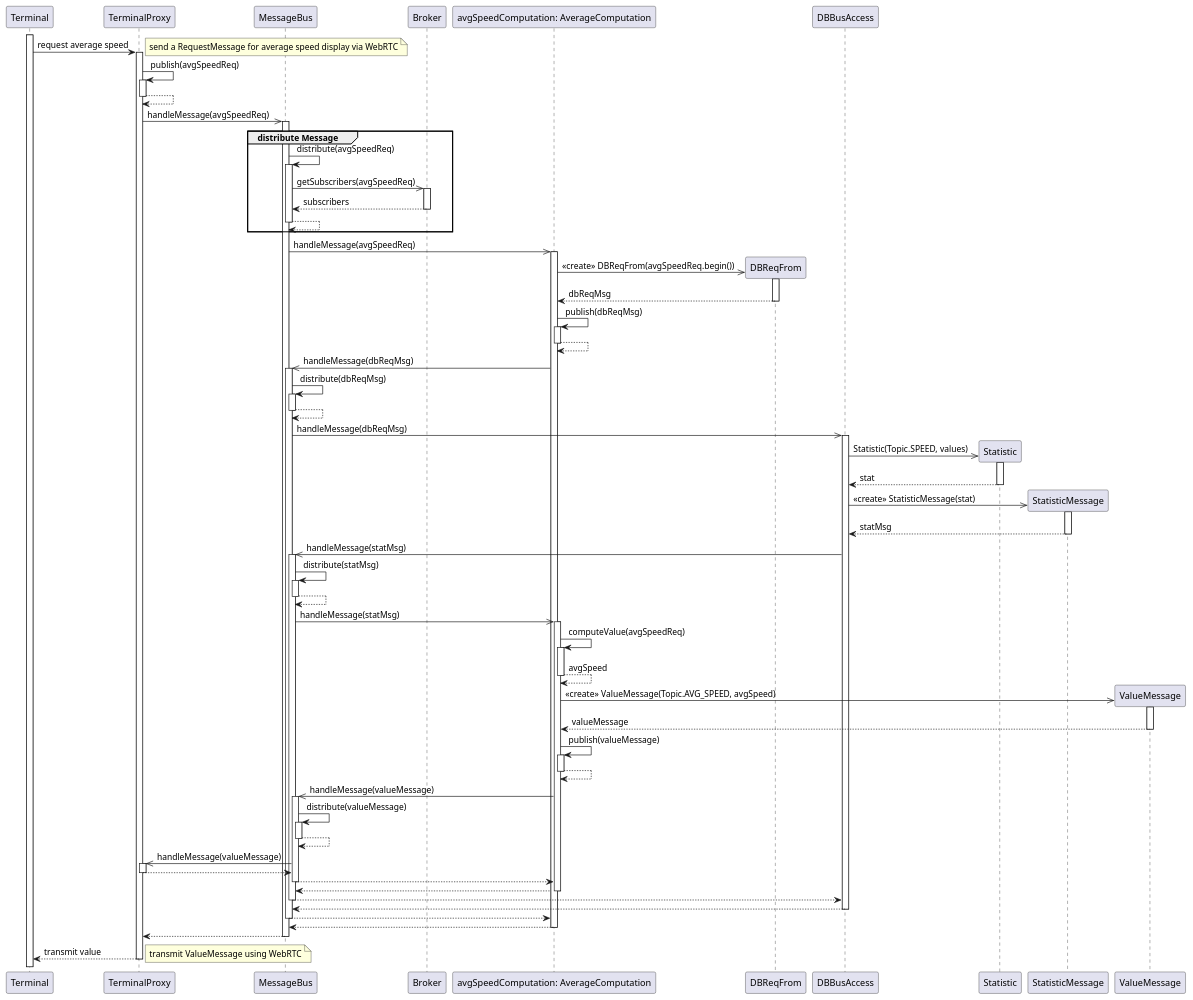
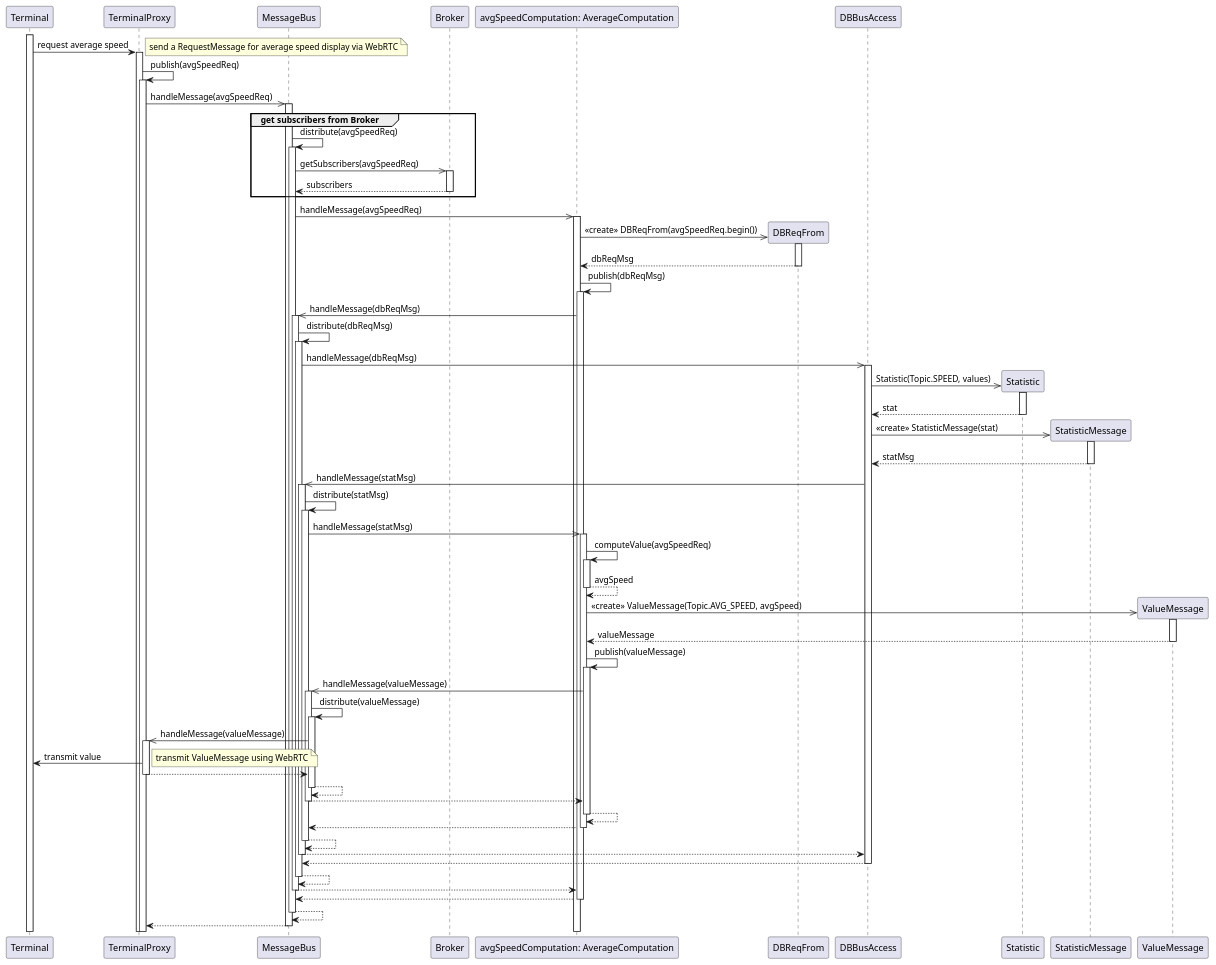
One commit to uzdry/PSE changed the diagram in Entwurf/diagrams/StatsDBSeq.wsd. Above: the diagram before and after it, drawn with PlantUML.

Commit message:
call hirarchie

```diff
--- a/Entwurf/diagrams/StatsDBSeq.wsd
+++ b/Entwurf/diagrams/StatsDBSeq.wsd
@@ -1,155 +1,151 @@
 @startuml
 
 participant Terminal
 
 participant TerminalProxy
 
 participant MessageBus
 
 participant Broker
 
 participant "avgSpeedComputation: AverageComputation" as AVGSCALC
 
 participant DBReqFrom
 
 participant DBBusAccess
 
 activate Terminal 
 Terminal -> TerminalProxy: request average speed
 note right: send a RequestMessage for average speed display via WebRTC
 
 activate TerminalProxy
 TerminalProxy -> TerminalProxy: publish(avgSpeedReq)
 activate TerminalProxy
 
-TerminalProxy --> TerminalProxy:
-deactivate TerminalProxy
-
 TerminalProxy ->> MessageBus: handleMessage(avgSpeedReq)
 activate MessageBus
 
-group distribute Message
+group get subscribers from Broker
 
 	MessageBus -> MessageBus: distribute(avgSpeedReq)
 	activate MessageBus
 
 	MessageBus ->> Broker: getSubscribers(avgSpeedReq)
 	activate Broker
 
 	Broker --> MessageBus: subscribers
 	deactivate Broker
-
-	MessageBus --> MessageBus:
-	deactivate MessageBus
-
 end
 
 MessageBus ->> AVGSCALC: handleMessage(avgSpeedReq)
 activate AVGSCALC
 
 create DBReqFrom
 
 AVGSCALC ->> DBReqFrom: <<create>> DBReqFrom(avgSpeedReq.begin())
 activate DBReqFrom
 DBReqFrom --> AVGSCALC: dbReqMsg
 deactivate DBReqFrom
 
 AVGSCALC -> AVGSCALC: publish(dbReqMsg)
 activate AVGSCALC
-AVGSCALC --> AVGSCALC:
-deactivate AVGSCALC
 
 AVGSCALC ->> MessageBus: handleMessage(dbReqMsg)
 activate MessageBus
 MessageBus -> MessageBus: distribute(dbReqMsg)
 activate MessageBus
-MessageBus --> MessageBus:
-deactivate MessageBus
 MessageBus ->> DBBusAccess: handleMessage(dbReqMsg)
 activate DBBusAccess
 
 create Statistic
 
 DBBusAccess ->> Statistic: Statistic(Topic.SPEED, values)
 activate Statistic
 Statistic --> DBBusAccess: stat
 deactivate Statistic
 
 create StatisticMessage
 DBBusAccess ->> StatisticMessage: <<create>> StatisticMessage(stat)
 activate StatisticMessage
 
 StatisticMessage --> DBBusAccess: statMsg
 deactivate StatisticMessage
 
 DBBusAccess ->> MessageBus: handleMessage(statMsg)
 activate MessageBus
 
 MessageBus -> MessageBus: distribute(statMsg)
 activate MessageBus
 
-MessageBus --> MessageBus:
-deactivate MessageBus
-
 MessageBus ->> AVGSCALC: handleMessage(statMsg)
 activate AVGSCALC
 
 
 AVGSCALC -> AVGSCALC: computeValue(avgSpeedReq)
 activate AVGSCALC
 AVGSCALC --> AVGSCALC: avgSpeed
 deactivate AVGSCALC
 
 create ValueMessage
 
 AVGSCALC ->> ValueMessage: <<create>> ValueMessage(Topic.AVG_SPEED, avgSpeed)
 activate ValueMessage
 ValueMessage --> AVGSCALC: valueMessage
 deactivate ValueMessage
 
 AVGSCALC -> AVGSCALC: publish(valueMessage)
 activate AVGSCALC
-AVGSCALC --> AVGSCALC:
-deactivate AVGSCALC
 
 AVGSCALC ->> MessageBus: handleMessage(valueMessage)
 activate MessageBus
 
 MessageBus -> MessageBus: distribute(valueMessage)
 activate MessageBus
-MessageBus --> MessageBus
-deactivate MessageBus
 
 MessageBus ->> TerminalProxy: handleMessage(valueMessage)
 activate TerminalProxy
 
+TerminalProxy -> Terminal: transmit value
+note right: transmit ValueMessage using WebRTC
+
 TerminalProxy --> MessageBus:
 deactivate TerminalProxy
 
-MessageBus --> AVGSCALC:
+MessageBus --> MessageBus:
 deactivate MessageBus
+
+MessageBus --> AVGSCALC
+deactivate MessageBus
+
+AVGSCALC --> AVGSCALC
+deactivate AVGSCALC
 
 AVGSCALC --> MessageBus
 deactivate AVGSCALC
+
+MessageBus --> MessageBus
+deactivate MessageBus
 
 MessageBus --> DBBusAccess
 deactivate MessageBus
 
 DBBusAccess --> MessageBus
 deactivate DBBusAccess
 
+MessageBus --> MessageBus
+deactivate MessageBus
+
 MessageBus --> AVGSCALC
 deactivate MessageBus
 
 AVGSCALC --> MessageBus
 deactivate AVGSCALC
 
+MessageBus --> MessageBus
+deactivate MessageBus
+
 MessageBus --> TerminalProxy
 deactivate MessageBus
 
-TerminalProxy --> Terminal: transmit value
-note right: transmit ValueMessage using WebRTC
-deactivate TerminalProxy
-
 
 @enduml
```
